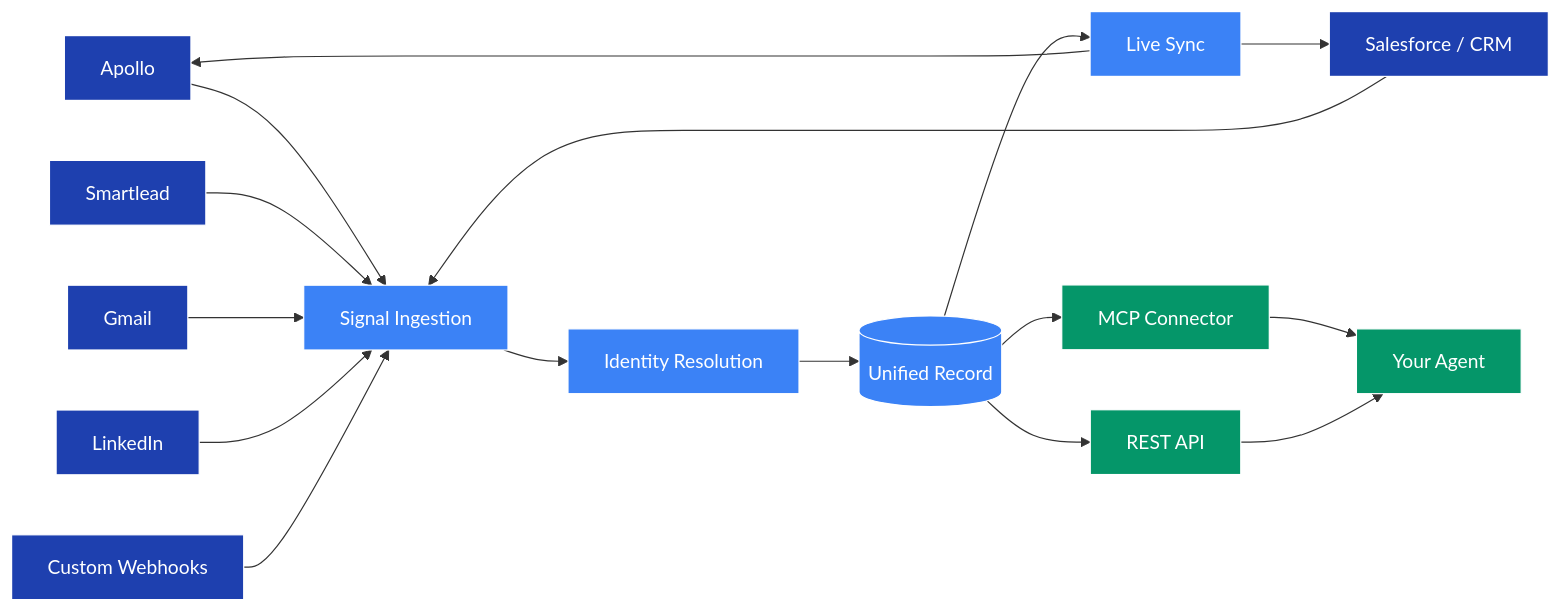
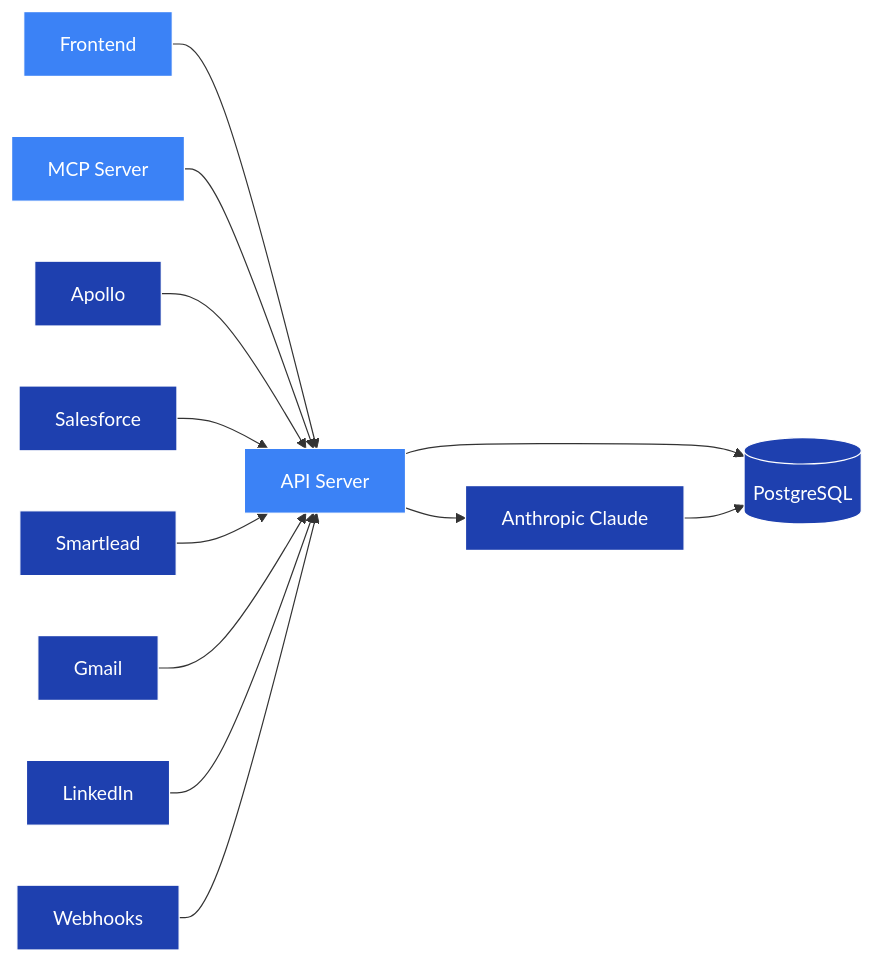
The diagram in getting-started/how-it-works.mdx (bennetglinder1/docs), drawn with Mermaid before and after one commit. The commit also changed other lines of this file, not shown here.

Commit message:
docs: restructure how-it-works in Postiz style — diagram + anchor list + subsections

````diff
--- a/getting-started/how-it-works.mdx
+++ b/getting-started/how-it-works.mdx
@@ -16,40 +10,31 @@
 ```mermaid
 flowchart LR
-    classDef source fill:#1E40AF,color:white,stroke:#fff
-    classDef core fill:#3B82F6,color:white,stroke:#fff
-    classDef output fill:#059669,color:white,stroke:#fff
+    classDef ext fill:#1E40AF,color:white,stroke:#fff
+    classDef svc fill:#3B82F6,color:white,stroke:#fff
 
-    apollo["Apollo"]:::source
-    sf["Salesforce / CRM"]:::source
-    smartlead["Smartlead"]:::source
-    gmail["Gmail"]:::source
-    linkedin["LinkedIn"]:::source
-    webhooks["Custom Webhooks"]:::source
+    frontend[Frontend]:::svc
+    api[API Server]:::svc
+    mcp[MCP Server]:::svc
+    db[(PostgreSQL)]:::ext
+    claude[Anthropic Claude]:::ext
 
-    ingest["Signal Ingestion"]:::core
-    resolve["Identity Resolution"]:::core
-    db[("Unified Record")]:::core
-    sync["Live Sync"]:::core
+    apollo[Apollo]:::ext
+    salesforce[Salesforce]:::ext
+    smartlead[Smartlead]:::ext
+    gmail[Gmail]:::ext
+    linkedin[LinkedIn]:::ext
+    webhooks[Webhooks]:::ext
 
-    mcp["MCP Connector"]:::output
-    api["REST API"]:::output
-    agent["Your Agent"]:::output
+    frontend --> api
+    mcp --> api
+    api --> db
+    api --> claude
+    claude --> db
 
-    apollo --> ingest
-    sf --> ingest
-    smartlead --> ingest
-    gmail --> ingest
-    linkedin --> ingest
-    webhooks --> ingest
-
-    ingest --> resolve
-    resolve --> db
-    db --> sync
-    sync --> apollo
-    sync --> sf
-
-    db --> mcp
-    db --> api
-    mcp --> agent
-    api --> agent
+    apollo --> api
+    salesforce --> api
+    smartlead --> api
+    gmail --> api
+    linkedin --> api
+    webhooks --> api
 ```
````
